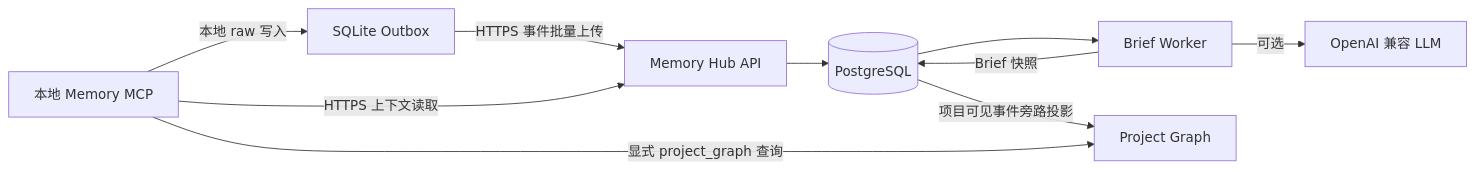
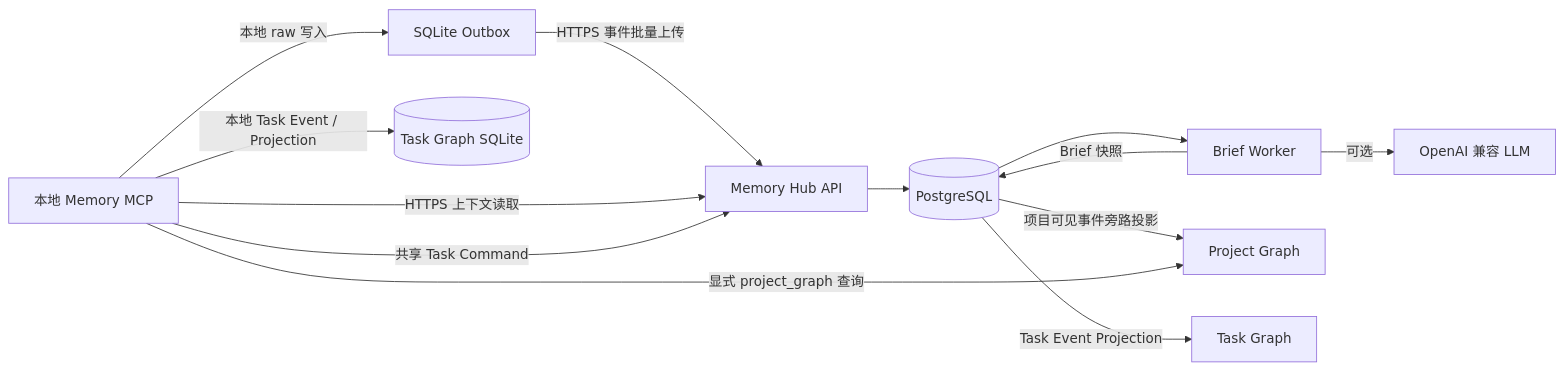
One commit to yangskin/Memory changed the diagram in memory_hub/DESIGN.md. Above: the diagram before and after it, drawn with Mermaid. The commit also changed other lines of this file and 41 other files, not shown here.

````diff
--- a/memory_hub/DESIGN.md
+++ b/memory_hub/DESIGN.md
@@ -18,19 +20,22 @@
 ```mermaid
 flowchart LR
     MCP[本地 Memory MCP]
     Outbox[SQLite Outbox]
     Hub[Memory Hub API]
     DB[(PostgreSQL)]
     Worker[Brief Worker]
     LLM[OpenAI 兼容 LLM]
 
     MCP -->|本地 raw 写入| Outbox
     Outbox -->|HTTPS 事件批量上传| Hub
     Hub --> DB
     DB --> Worker
     Worker -->|可选| LLM
     Worker -->|Brief 快照| DB
     MCP -->|HTTPS 上下文读取| Hub
     DB -->|项目可见事件旁路投影| Graph[Project Graph]
     MCP -->|显式 project_graph 查询| Graph
+    MCP -->|本地 Task Event / Projection| LocalTask[(Task Graph SQLite)]
+    MCP -->|共享 Task Command| Hub
+    DB -->|Task Event Projection| TaskGraph[Task Graph]
 ```
````
